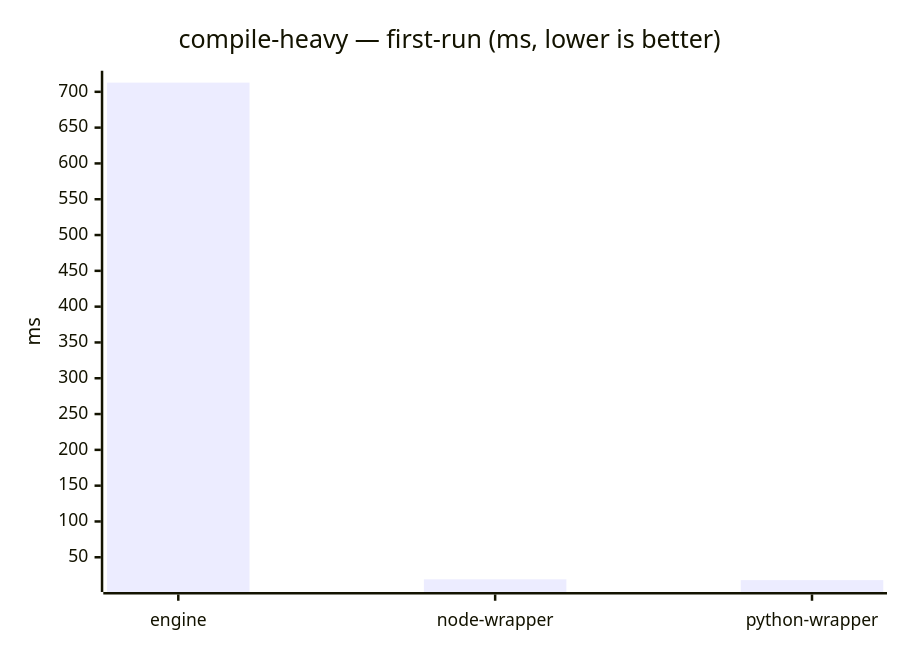
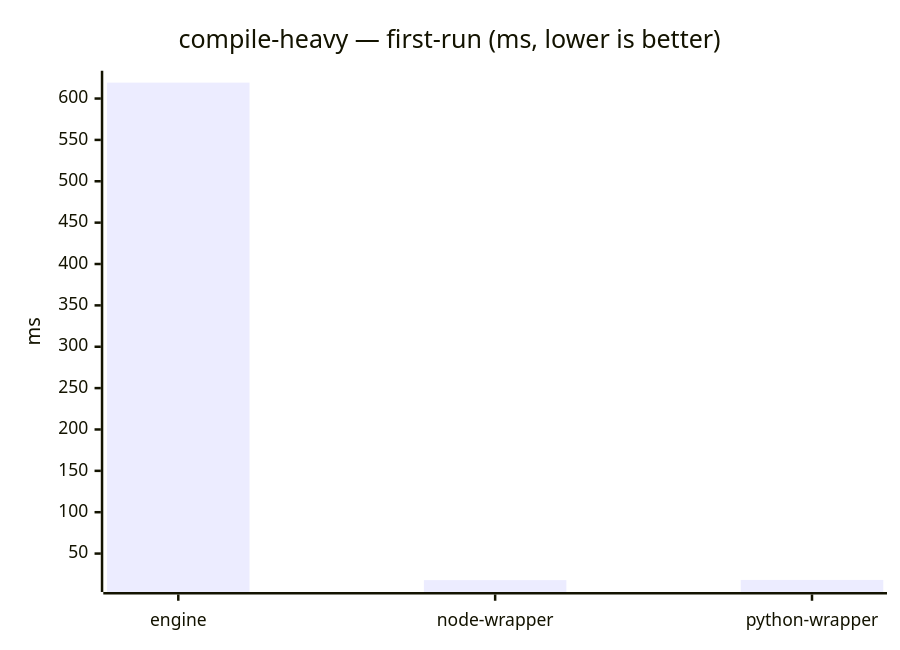
One commit to mulesoft/data-weave-cli changed diagram 14 of 23 in benchmarks/report/RESULTS.md. Above: the diagram before and after it, drawn with Mermaid. The commit also changed other lines of this file, not shown here.

````diff
--- a/benchmarks/report/RESULTS.md
+++ b/benchmarks/report/RESULTS.md
@@ -160,7 +160,7 @@
 ```mermaid
 xychart-beta
     title "compile-heavy — first-run (ms, lower is better)"
     x-axis ["engine", "node-wrapper", "python-wrapper"]
     y-axis "ms"
-    bar [712.837, 19.164, 18.085]
+    bar [619.235, 17.909, 18.126]
 ```
````
